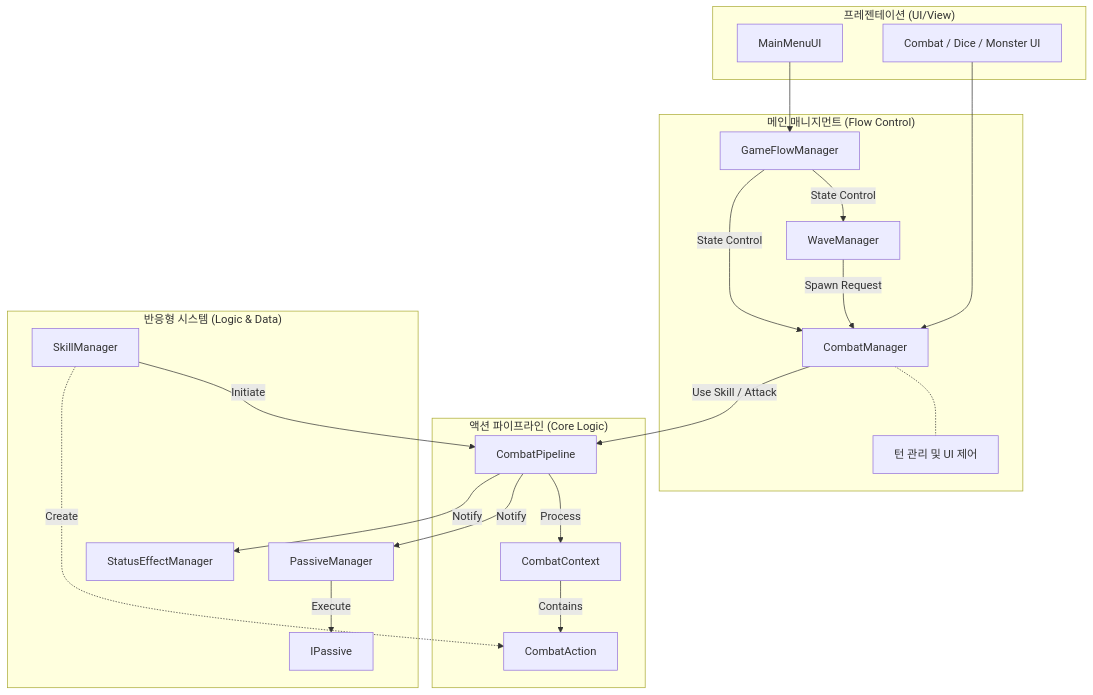
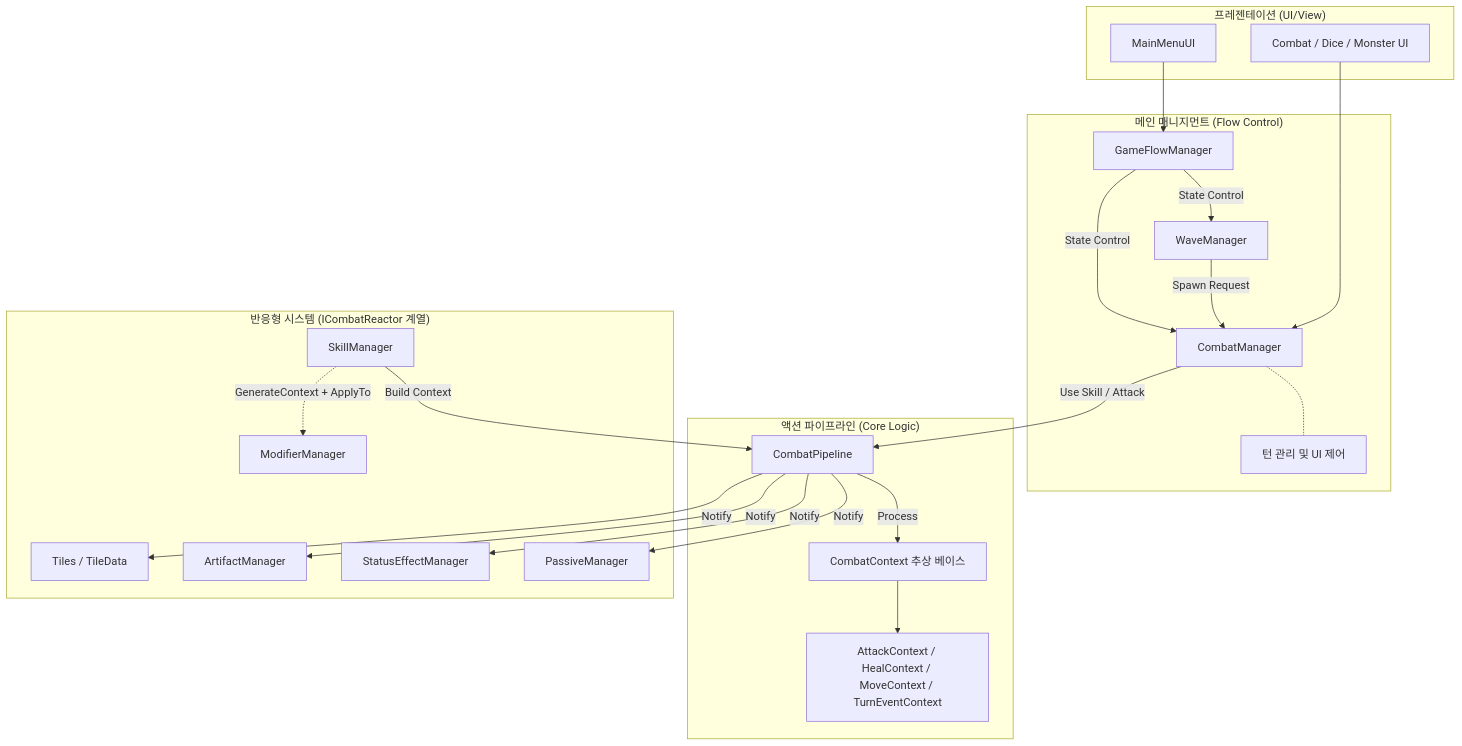
One commit to dfdfg42/Dice-Orbit changed the diagram in Docs/project_structure.md. Above: the diagram before and after it, drawn with Mermaid. The commit also changed other lines of this file and 19 other files, not shown here.

First line of the commit message:
docs: sync Docs/ with current combat pipeline / modifier / skill systems

````diff
--- a/Docs/project_structure.md
+++ b/Docs/project_structure.md
@@ -40,58 +65,59 @@
 ```mermaid
 graph TD
     %% --- Layer Definitions ---
    subgraph Presentation["프레젠테이션 (UI/View)"]
         MainMenuUI
         CombatUI[Combat / Dice / Monster UI]
     end
 
     subgraph Management ["메인 매니지먼트 (Flow Control)"]
         GFM[GameFlowManager]
         WM[WaveManager]
         CM[CombatManager]
         NoteCM[턴 관리 및 UI 제어]
     end
 
     subgraph Pipeline ["액션 파이프라인 (Core Logic)"]
         ActionPipe[CombatPipeline]
-        Context[CombatContext]
-        Action[CombatAction]
+        Context[CombatContext 추상 베이스]
+        Sub[AttackContext / HealContext / MoveContext / TurnEventContext]
     end
 
-    subgraph Reactors ["반응형 시스템 (Logic & Data)"]
+    subgraph Reactors ["반응형 시스템 (ICombatReactor 계열)"]
         SysPassive[PassiveManager]
         SysStatus[StatusEffectManager]
+        SysArtifact[ArtifactManager]
+        SysTile[Tiles / TileData]
+        SysMod[ModifierManager]
         SysSkill[SkillManager]
-        DataPassive[IPassive]
     end
 
     %% --- Connections ---
-    
+
     %% Presentation -> Management
     MainMenuUI --> GFM
     CombatUI --> CM
-    
+
     %% Management Internal
     GFM -->|State Control| WM
     GFM -->|State Control| CM
     WM -->|Spawn Request| CM
     CM -.- NoteCM
-    
+
     %% Manager -> Pipeline
     CM -->|Use Skill / Attack| ActionPipe
-    SysSkill -->|Initiate| ActionPipe
-    
+    SysSkill -->|Build Context| ActionPipe
+
     %% Pipeline Process
     ActionPipe -->|Process| Context
-    Context -->|Contains| Action
-    
-    %% Pipeline -> Reactors
+    Context --> Sub
+
+    %% Pipeline -> Reactors (NotifyReactors)
     ActionPipe -->|Notify| SysPassive
     ActionPipe -->|Notify| SysStatus
-    
-    %% Reactors Internal
-    SysPassive -->|Execute| DataPassive[IPassive]
-    
-    %% Data Flow
-    SysSkill -.->|Create| Action
+    ActionPipe -->|Notify| SysArtifact
+    ActionPipe -->|Notify| SysTile
+
+    %% Skill prep uses Modifiers
+    SysSkill -.->|GenerateContext + ApplyTo| SysMod
 ```
````
